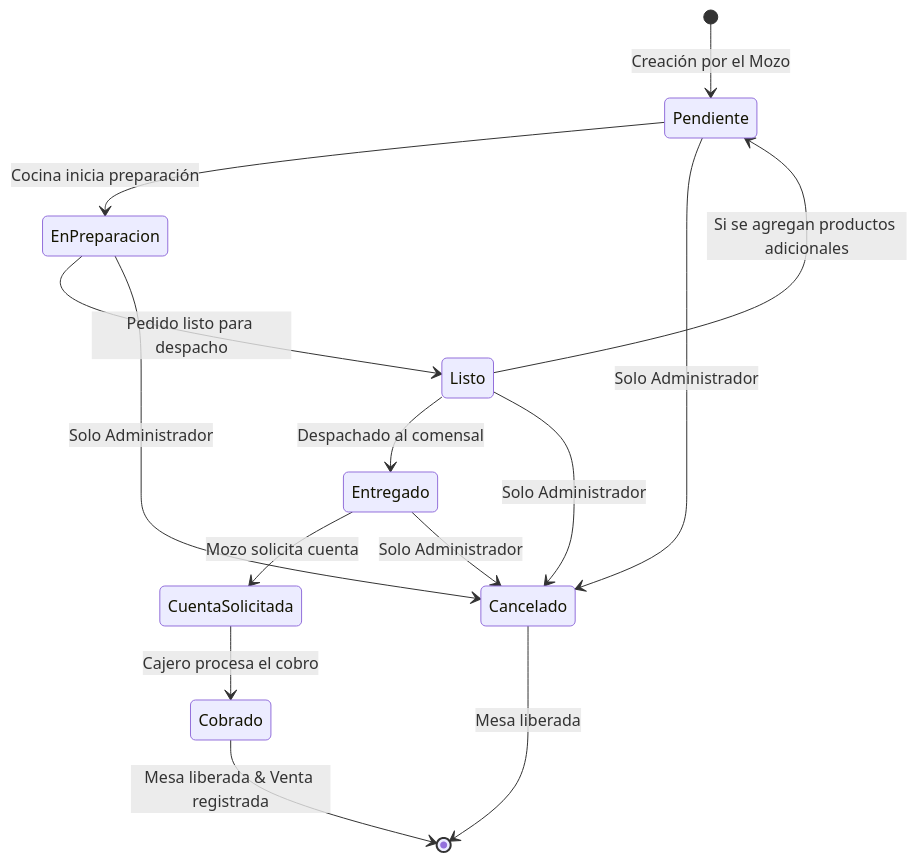
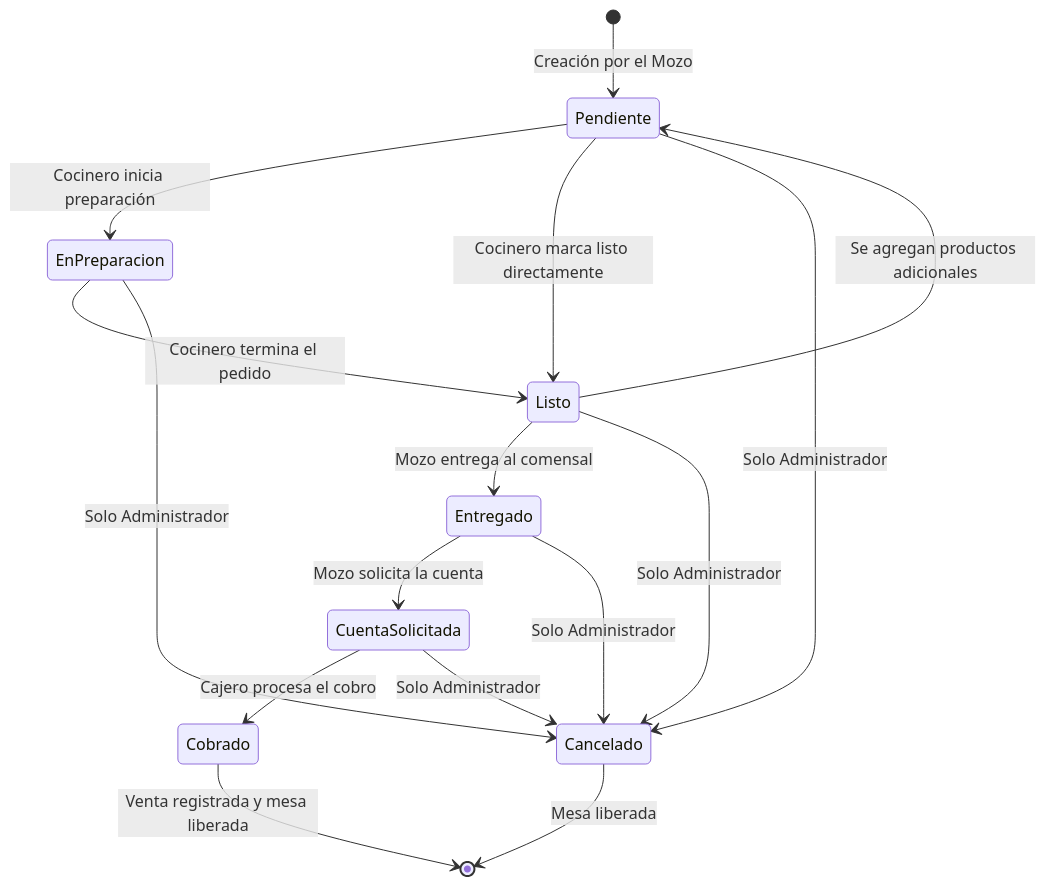
One commit to 3ckokill/SISTEMA-GESTION-POLLERIA changed the second of 2 diagrams in README.md. Above: the diagram before and after it, drawn with Mermaid. The commit also changed other lines of this file, not shown here.

Commit message:
Readme +cocinero

````diff
--- a/README.md
+++ b/README.md
@@ -92,16 +105,18 @@
 ```mermaid
 stateDiagram-v2
     [*] --> Pendiente: Creación por el Mozo
-    Pendiente --> EnPreparacion: Cocina inicia preparación
-    EnPreparacion --> Listo: Pedido listo para despacho
-    Listo --> Entregado: Despachado al comensal
-    Listo --> Pendiente: Si se agregan productos adicionales
-    Entregado --> CuentaSolicitada: Mozo solicita cuenta
+    Pendiente --> EnPreparacion: Cocinero inicia preparación
+    Pendiente --> Listo: Cocinero marca listo directamente
+    EnPreparacion --> Listo: Cocinero termina el pedido
+    Listo --> Entregado: Mozo entrega al comensal
+    Listo --> Pendiente: Se agregan productos adicionales
+    Entregado --> CuentaSolicitada: Mozo solicita la cuenta
     CuentaSolicitada --> Cobrado: Cajero procesa el cobro
     Pendiente --> Cancelado: Solo Administrador
     EnPreparacion --> Cancelado: Solo Administrador
     Listo --> Cancelado: Solo Administrador
     Entregado --> Cancelado: Solo Administrador
-    Cobrado --> [*]: Mesa liberada & Venta registrada
+    CuentaSolicitada --> Cancelado: Solo Administrador
+    Cobrado --> [*]: Venta registrada y mesa liberada
     Cancelado --> [*]: Mesa liberada
 ```
````
